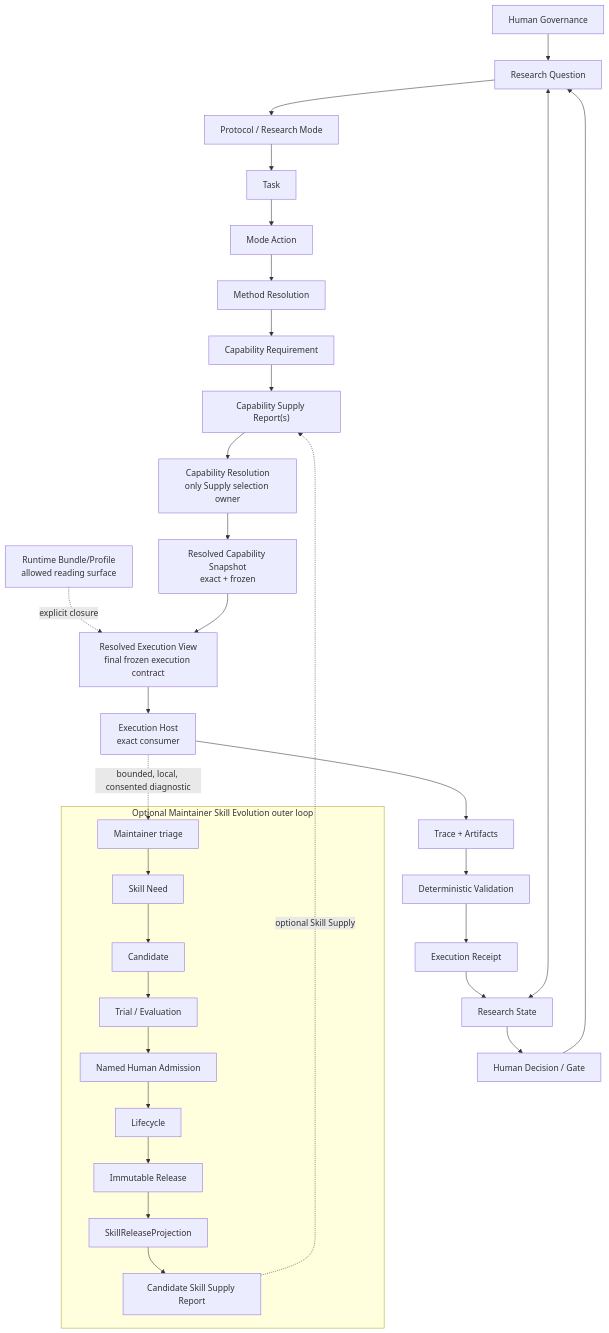
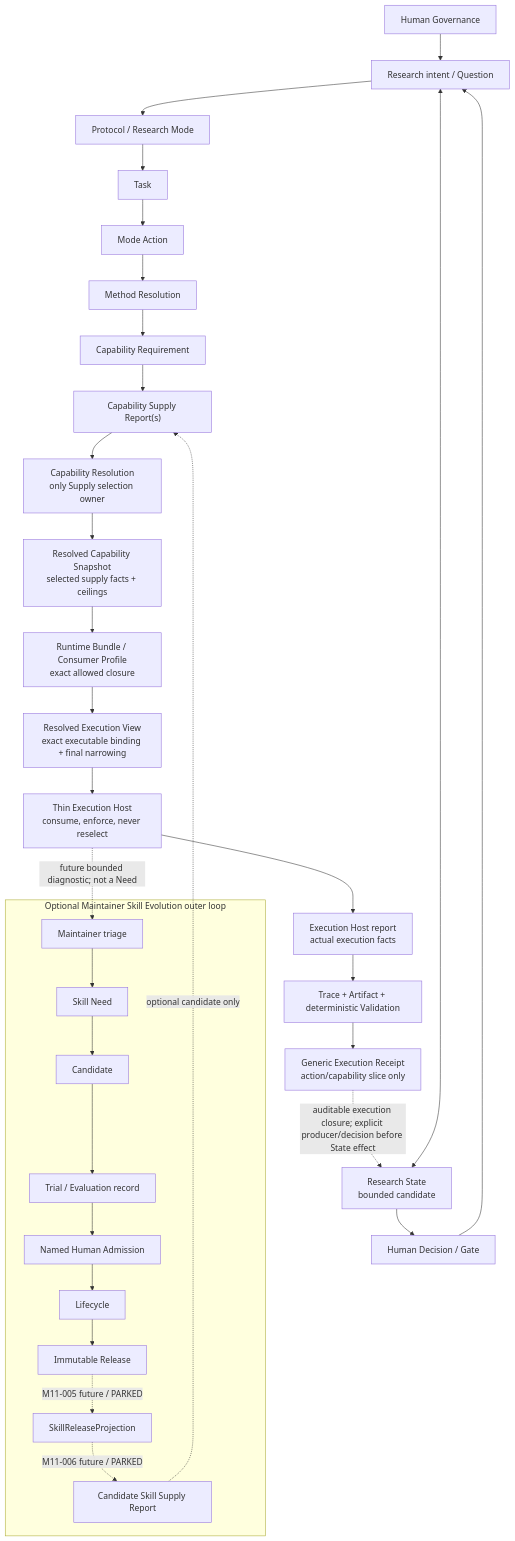
One commit to Chengyue-Lu/research-agent-workbench changed the diagram in docs/DEVELOPER_ARCHITECTURE_MAP.md. Above: the diagram before and after it, drawn with Mermaid. The commit also changed other lines of this file and 43 other files, not shown here.

Commit message:
docs: align post-integration architecture and task truth

````diff
--- a/docs/DEVELOPER_ARCHITECTURE_MAP.md
+++ b/docs/DEVELOPER_ARCHITECTURE_MAP.md
@@ -164,37 +69,36 @@
 ```mermaid
 flowchart TB
-    HG[Human Governance] --> Q[Research Question]
-    RS[Research State] <--> Q
-    Q --> PM[Protocol / Research Mode]
-    PM --> T[Task]
-    T --> MA[Mode Action]
-    MA --> MR[Method Resolution]
-    MR --> CR[Capability Requirement]
+    HG["Human Governance"] --> Q["Research intent / Question"]
+    RS["Research State<br/>bounded candidate"] <--> Q
+    Q --> PM["Protocol / Research Mode"]
+    PM --> T["Task"]
+    T --> MA["Mode Action"]
+    MA --> MR["Method Resolution"]
+    MR --> CR["Capability Requirement"]
     CR --> SR["Capability Supply Report(s)"]
-    SR --> RES["Capability Resolution<br>only Supply selection owner"]
-    RES --> SNAP["Resolved Capability Snapshot<br>exact + frozen"]
-
-    RB["Runtime Bundle/Profile<br>allowed reading surface"] -. explicit closure .-> VIEW
-    SNAP --> VIEW["Resolved Execution View<br>final frozen execution contract"]
-    VIEW --> HOST[Execution Host<br>exact consumer]
-    HOST --> TR[Trace + Artifacts]
-    TR --> VAL[Deterministic Validation]
-    VAL --> RCP[Execution Receipt]
-    RCP --> RS
+    SR --> RES["Capability Resolution<br/>only Supply selection owner"]
+    RES --> SNAP["Resolved Capability Snapshot<br/>selected supply facts + ceilings"]
+    SNAP --> RB["Runtime Bundle / Consumer Profile<br/>exact allowed closure"]
+    RB --> VIEW["Resolved Execution View<br/>exact executable binding + final narrowing"]
+    VIEW --> HOST["Thin Execution Host<br/>consume, enforce, never reselect"]
+    HOST --> FACT["Execution Host report<br/>actual execution facts"]
+    FACT --> TR["Trace + Artifact + deterministic Validation"]
+    TR --> RCP["Generic Execution Receipt<br/>action/capability slice only"]
+    RCP -. "auditable execution closure; explicit producer/decision before State effect" .-> RS
     RS --> HD["Human Decision / Gate"]
     HD --> Q
 
-    subgraph ME[Optional Maintainer Skill Evolution outer loop]
-        TRIAGE[Maintainer triage] --> NEED[Skill Need]
-        NEED --> CAND[Candidate]
-        CAND --> EVAL["Trial / Evaluation"]
-        EVAL --> ADM[Named Human Admission]
-        ADM --> LIFE[Lifecycle]
-        LIFE --> REL[Immutable Release]
-        REL --> PROJ[SkillReleaseProjection]
-        PROJ --> SSR[Candidate Skill Supply Report]
+    subgraph ME["Optional Maintainer Skill Evolution outer loop"]
+        TRIAGE["Maintainer triage"] --> NEED["Skill Need"]
+        NEED --> CAND["Candidate"]
+        CAND --> EVAL["Trial / Evaluation record"]
+        EVAL --> ADM["Named Human Admission"]
+        ADM --> LIFE["Lifecycle"]
+        LIFE --> REL["Immutable Release"]
+        REL -. "M11-005 future / PARKED" .-> PROJ["SkillReleaseProjection"]
+        PROJ -. "M11-006 future / PARKED" .-> SSR["Candidate Skill Supply Report"]
     end
 
-    SSR -. optional Skill Supply .-> SR
-    HOST -. "bounded, local, consented diagnostic" .-> TRIAGE
+    SSR -. "optional candidate only" .-> SR
+    HOST -. "future bounded diagnostic; not a Need" .-> TRIAGE
 ```
````
